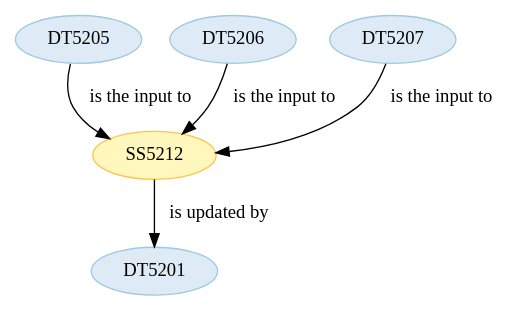
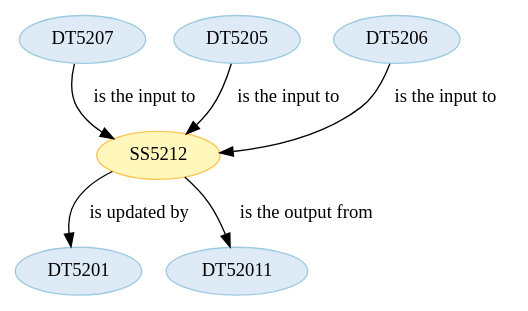
One commit to Marco-Salvi/cwl-test changed the diagram in wf5201/ST520112.dot. Above: the diagram before and after it, drawn with Graphviz. The commit also changed 28 other files, not shown here.

```diff
--- a/wf5201/ST520112.dot
+++ b/wf5201/ST520112.dot
@@ -1,22 +1,26 @@
 strict digraph {
 
 
+	"DT5207" [ color="2", colorscheme="blues3", fillcolor="1", style="filled",  weight=0 ];
+
+	"DT5207" -> "SS5212" [ label="is the input to", labeltooltip="DT5207 - is the input to - SS5212",  weight=0 ];
+
+	"SS5212" [ color="2", colorscheme="ylorbr3", fillcolor="1", style="filled",  weight=0 ];
+
+	"SS5212" -> "DT5201" [ label="is updated by", labeltooltip="DT5201 - is updated by - SS5212",  weight=0 ];
+
+	"SS5212" -> "DT52011" [ label="is the output from", labeltooltip="DT52011 - is the output from - SS5212",  weight=0 ];
+
 	"DT5201" [ color="2", colorscheme="blues3", fillcolor="1", style="filled",  weight=0 ];
+
+	"DT52011" [ color="2", colorscheme="blues3", fillcolor="1", style="filled",  weight=0 ];
 
 	"DT5205" [ color="2", colorscheme="blues3", fillcolor="1", style="filled",  weight=0 ];
 
 	"DT5205" -> "SS5212" [ label="is the input to", labeltooltip="DT5205 - is the input to - SS5212",  weight=0 ];
 
 	"DT5206" [ color="2", colorscheme="blues3", fillcolor="1", style="filled",  weight=0 ];
 
 	"DT5206" -> "SS5212" [ label="is the input to", labeltooltip="DT5206 - is the input to - SS5212",  weight=0 ];
 
-	"DT5207" [ color="2", colorscheme="blues3", fillcolor="1", style="filled",  weight=0 ];
-
-	"DT5207" -> "SS5212" [ label="is the input to", labeltooltip="DT5207 - is the input to - SS5212",  weight=0 ];
-
-	"SS5212" [ color="2", colorscheme="ylorbr3", fillcolor="1", style="filled",  weight=0 ];
-
-	"SS5212" -> "DT5201" [ label="is updated by", labeltooltip="DT5201 - is updated by - SS5212",  weight=0 ];
-
 }
```
